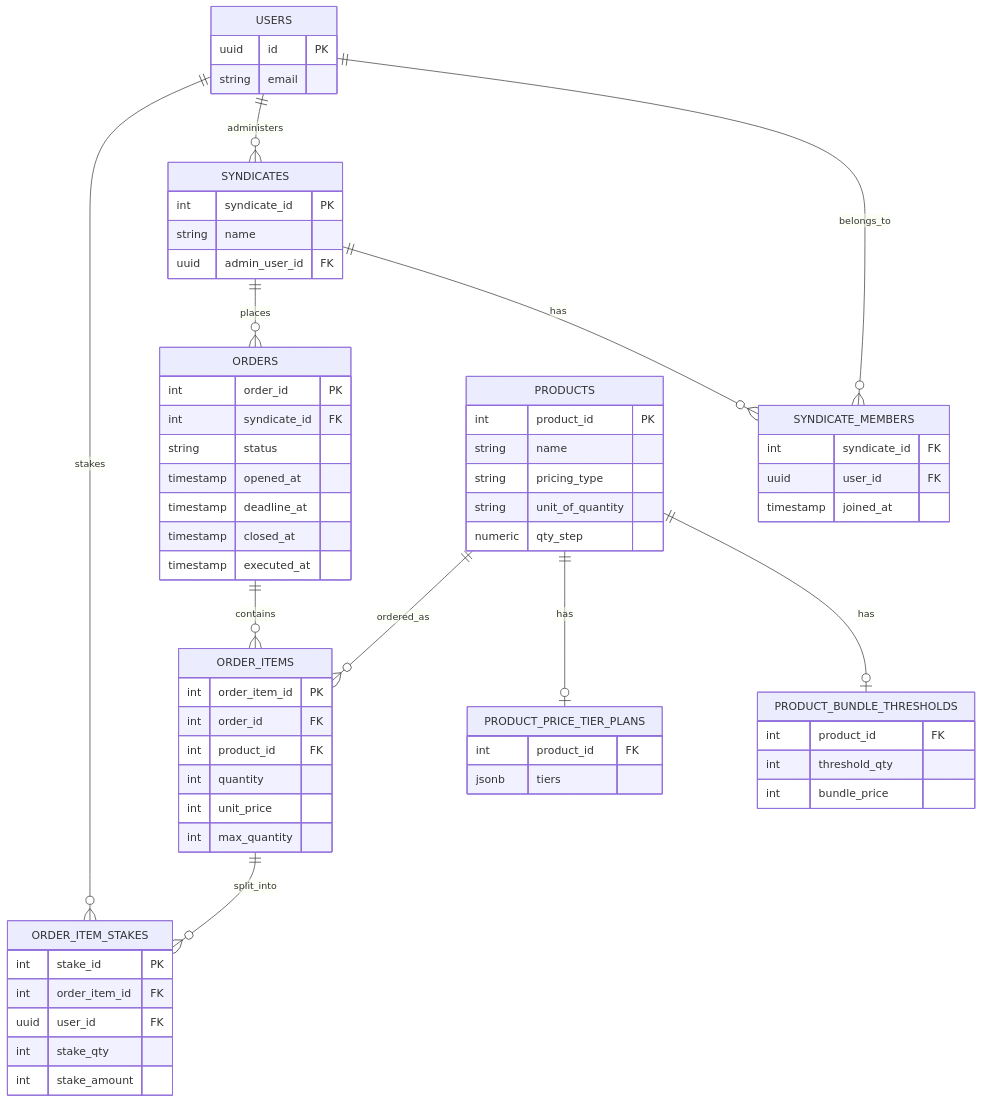
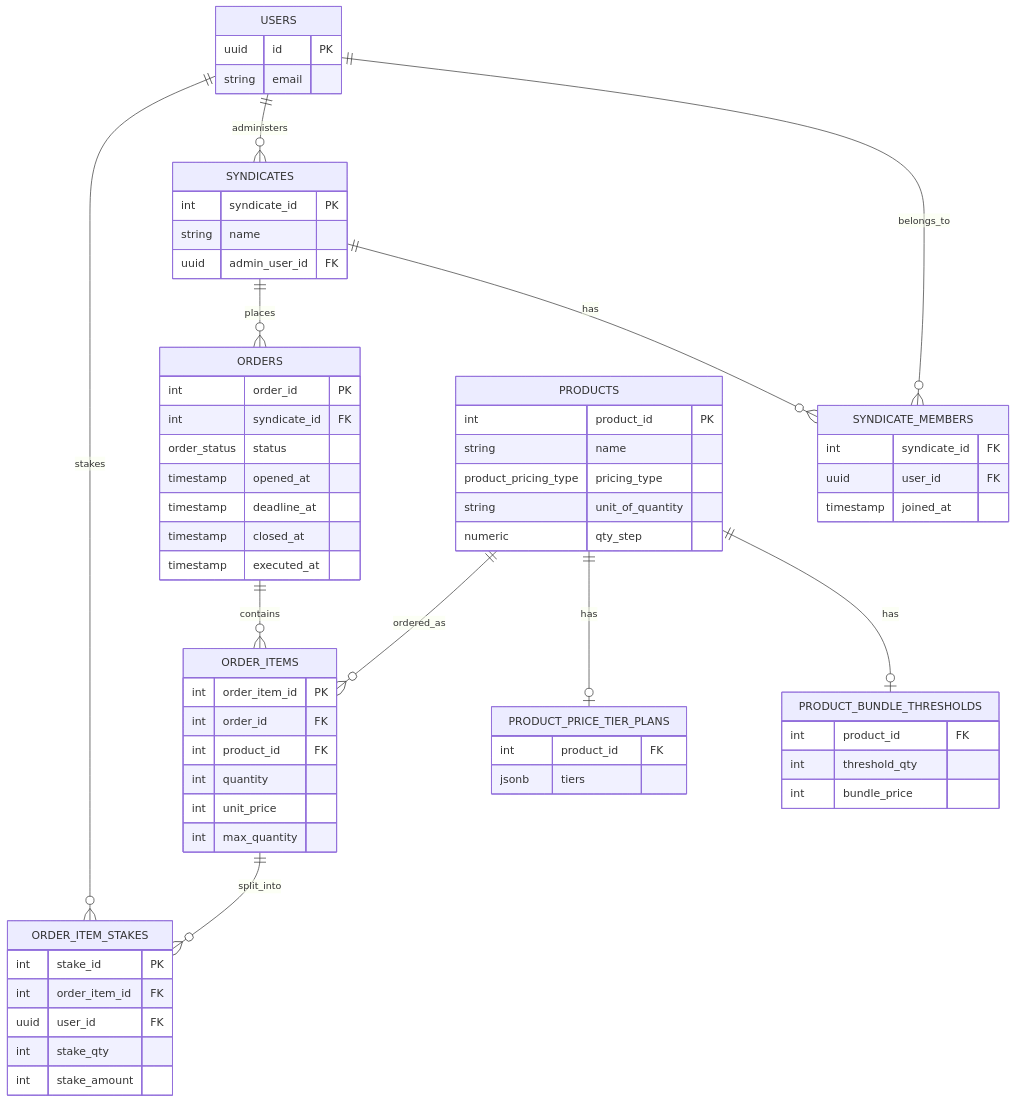
The diagram in .claude/context/backend.md (sormiston/AnteCat), drawn with Mermaid before and after one commit. The commit also changed other lines of this file and 3 other files, not shown here.

````diff
--- a/.claude/context/backend.md
+++ b/.claude/context/backend.md
@@ -66,69 +61,69 @@
 ```mermaid
 
 erDiagram
   USERS ||--o{ SYNDICATE_MEMBERS : belongs_to
   SYNDICATES ||--o{ SYNDICATE_MEMBERS : has
   USERS ||--o{ SYNDICATES : administers
   SYNDICATES ||--o{ ORDERS : places
   PRODUCTS ||--o| PRODUCT_BUNDLE_THRESHOLDS : has
   PRODUCTS ||--o| PRODUCT_PRICE_TIER_PLANS : has
   ORDERS ||--o{ ORDER_ITEMS : contains
   PRODUCTS ||--o{ ORDER_ITEMS : ordered_as
   ORDER_ITEMS ||--o{ ORDER_ITEM_STAKES : split_into
   USERS ||--o{ ORDER_ITEM_STAKES : stakes
 
   USERS {
     uuid id PK
     string email
   }
   SYNDICATES {
     int syndicate_id PK
     string name
     uuid admin_user_id FK
   }
   SYNDICATE_MEMBERS {
     int syndicate_id FK
     uuid user_id FK
     timestamp joined_at
   }
   PRODUCTS {
     int product_id PK
     string name
-    string pricing_type
+    product_pricing_type pricing_type
     string unit_of_quantity
     numeric qty_step
   }
   PRODUCT_BUNDLE_THRESHOLDS {
     int product_id FK
     int threshold_qty
     int bundle_price
   }
   PRODUCT_PRICE_TIER_PLANS {
     int product_id FK
     jsonb tiers
   }
   ORDERS {
     int order_id PK
     int syndicate_id FK
-    string status
+    order_status status
     timestamp opened_at
     timestamp deadline_at
     timestamp closed_at
     timestamp executed_at
   }
   ORDER_ITEMS {
     int order_item_id PK
     int order_id FK
     int product_id FK
     int quantity
     int unit_price
     int max_quantity
   }
   ORDER_ITEM_STAKES {
     int stake_id PK
     int order_item_id FK
     uuid user_id FK
     int stake_qty
     int stake_amount
   }
 ```
````
